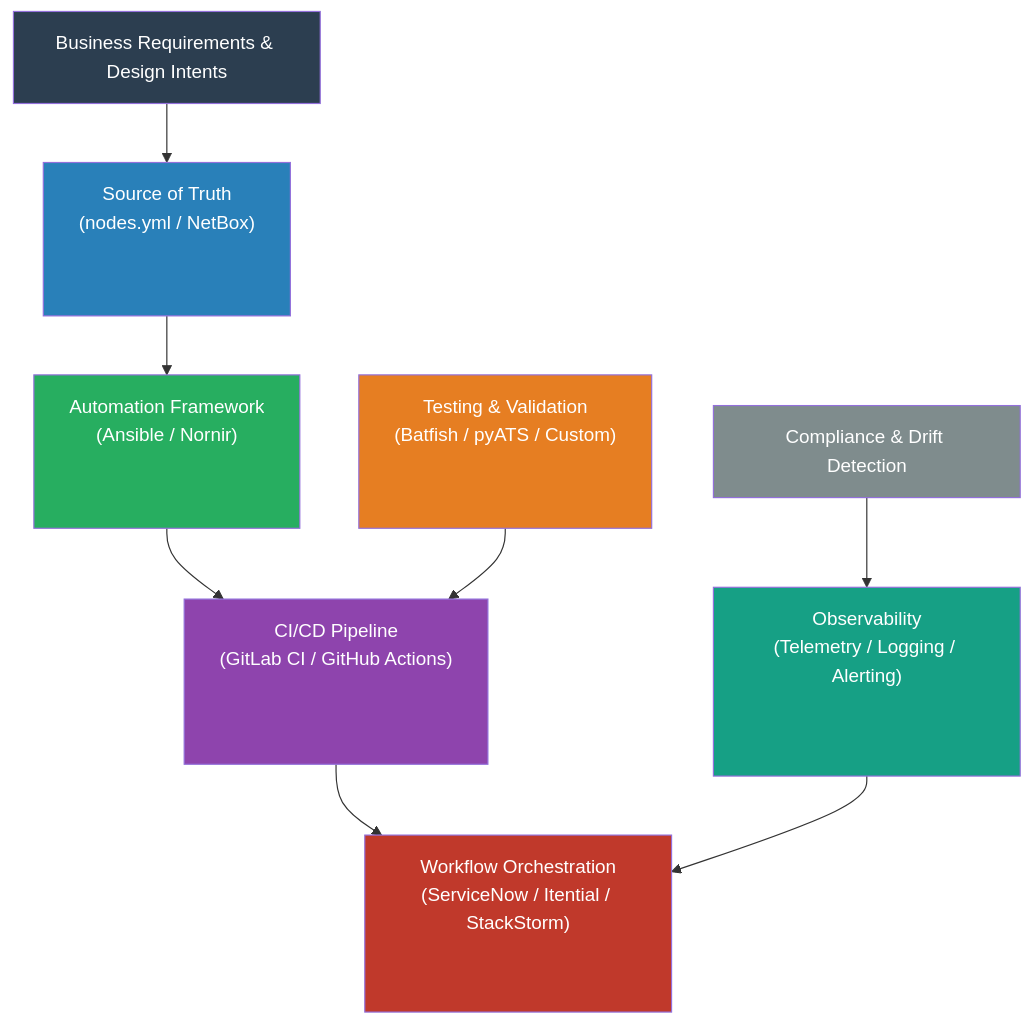
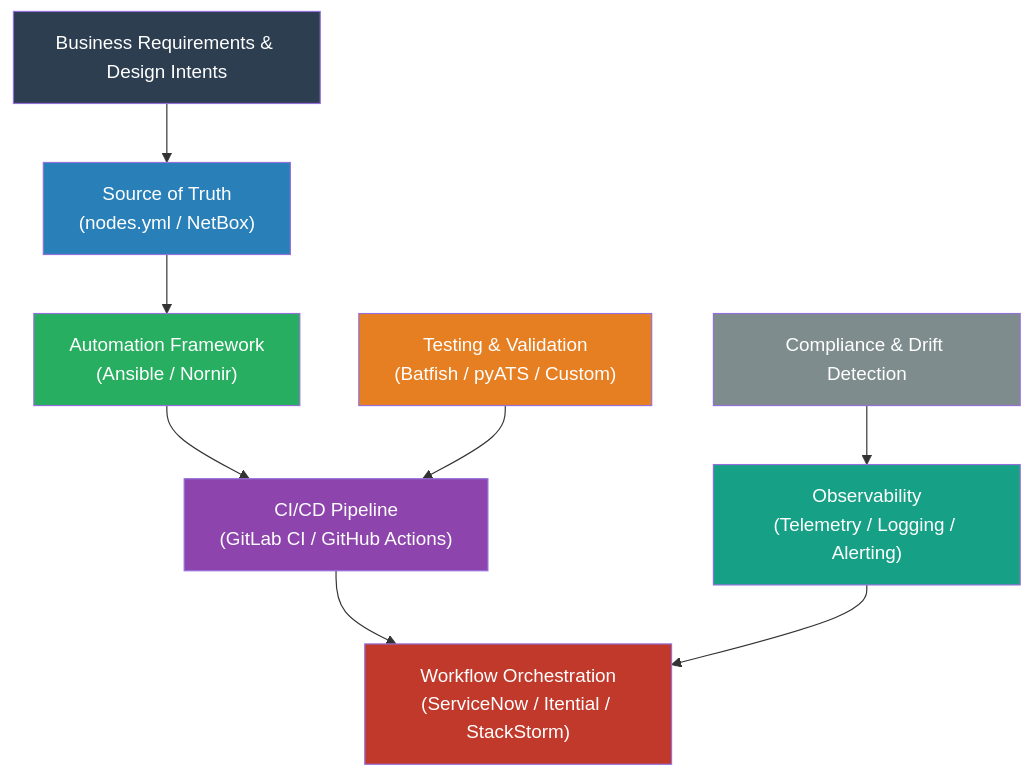
The first of 2 diagrams in 05-tooling-strategy/chapter.md (ppklau/network_automation_handbook), drawn with Mermaid before and after one commit. The commit also changed 9 other files, not shown here.

Commit message:
Updated Mermaid charts.

````diff
--- a/05-tooling-strategy/chapter.md
+++ b/05-tooling-strategy/chapter.md
@@ -52,28 +52,28 @@
 ```mermaid
 graph TD
     REQ["Business Requirements & Design Intents"]
-    SOT["<div style='min-height:100px'>Source of Truth<br>(nodes.yml / NetBox)</div>"]
-    AUTO["<div style='min-height:100px'>Automation Framework<br>(Ansible / Nornir)</div>"]
-    CICD["<div style='min-height:110px'>CI/CD Pipeline<br>(GitLab CI / GitHub Actions)</div>"]
-    ORCH["<div style='min-height:120px'>Workflow Orchestration<br>(ServiceNow / Itential / StackStorm)</div>"]
-    TEST["<div style='min-height:100px'>Testing & Validation<br>(Batfish / pyATS / Custom)</div>"]
-    OBS["<div style='min-height:130px'>Observability<br>(Telemetry / Logging / Alerting)</div>"]
+    SOT["Source of Truth<br>(nodes.yml / NetBox)"]
+    AUTO["Automation Framework<br>(Ansible / Nornir)"]
+    CICD["CI/CD Pipeline<br>(GitLab CI / GitHub Actions)"]
+    ORCH["Workflow Orchestration<br>(ServiceNow / Itential / StackStorm)"]
+    TEST["Testing & Validation<br>(Batfish / pyATS / Custom)"]
+    OBS["Observability<br>(Telemetry / Logging / Alerting)"]
     SEC["Compliance & Drift Detection"]
 
     REQ --> SOT
     SOT --> AUTO
     AUTO --> CICD
     CICD --> ORCH
     TEST --> CICD
     OBS --> ORCH
     SEC --> OBS
 
     style REQ fill:#2c3e50,color:#fff
     style SOT fill:#2980b9,color:#fff
     style AUTO fill:#27ae60,color:#fff
     style CICD fill:#8e44ad,color:#fff
     style ORCH fill:#c0392b,color:#fff
     style TEST fill:#e67e22,color:#fff
     style OBS fill:#16a085,color:#fff
     style SEC fill:#7f8c8d,color:#fff
 ```
````
